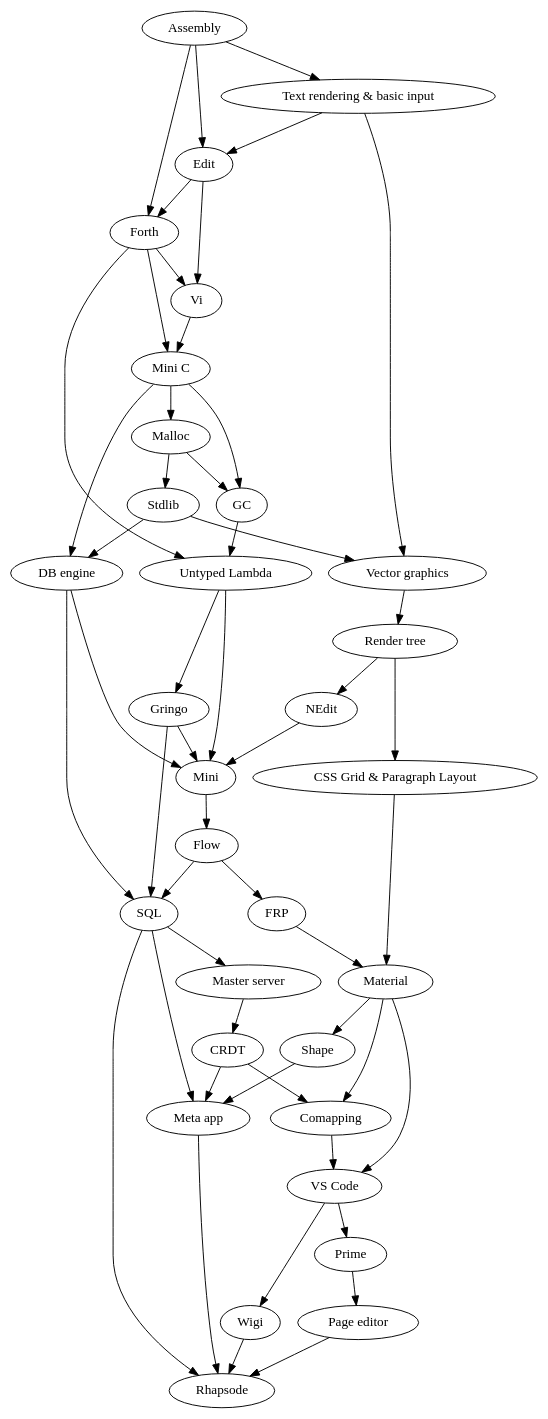
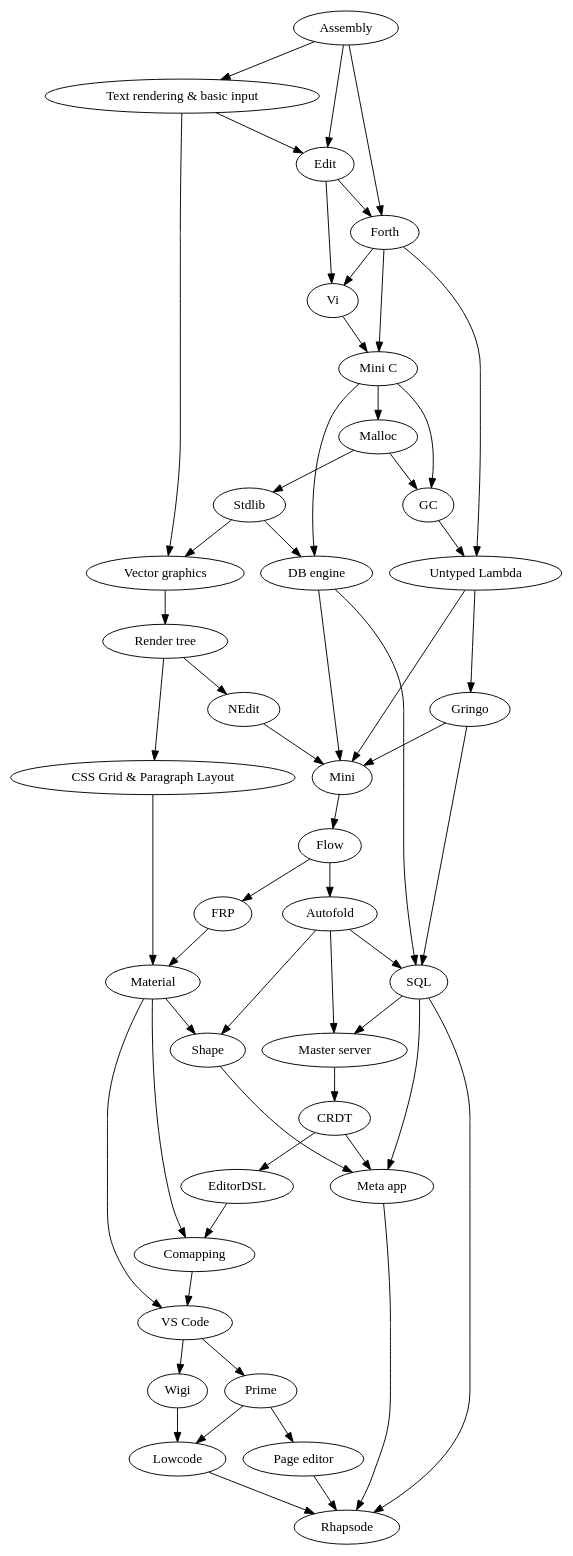
One commit to area9innovation/fast changed the diagram in sandbox/speedrun.dot. Above: the diagram before and after it, drawn with Graphviz. The commit also changed 5 other files, not shown here.

```diff
--- a/sandbox/speedrun.dot
+++ b/sandbox/speedrun.dot
@@ -1,87 +1,96 @@
 digraph graphname {
 "Assembly" -> "Text rendering & basic input";
 "Assembly" -> "Edit";
 "Text rendering & basic input" -> "Edit";
 
 "Edit" -> "Forth";
 "Assembly" -> "Forth";
 "Forth" -> "Vi";
 "Edit" -> "Vi";
 "Forth" -> "Untyped Lambda";
 "Untyped Lambda" -> "Mini";
 
 "Vi" -> "Mini C";
 
 "Forth" -> "Mini C";
 
 "Mini C" -> "Malloc";
 "Malloc" -> "GC";
 "Mini C" -> "GC";
 
 "Malloc" -> "Stdlib";
 
 "GC" -> "Untyped Lambda";
 
 "Flow" -> "FRP";
 
+"Flow" -> "Autofold";
+
 "Stdlib" -> "DB engine";
 
 "Render tree" -> "NEdit";
 
 "DB engine" -> "SQL";
 
 "NEdit" -> "Mini";
 
 "Mini" -> "Flow";
 
 "Mini C" -> "DB engine";
 
 "Stdlib" -> "Vector graphics";
 
 "Untyped Lambda" -> "Gringo";
 "Gringo" -> "SQL";
-
-"Flow" -> "SQL";
+"Autofold" -> "Master server";
+"Autofold" -> "SQL";
 "Gringo" -> "Mini";
 
 "DB engine" -> "Mini"
 
-"CRDT" -> "Comapping";
+"CRDT" -> "EditorDSL";
+
+"EditorDSL" -> "Comapping";
+
 "Material" -> "Comapping";
 
 "Material" -> "VS Code";
 "Comapping" -> "VS Code";
 
 "VS Code" -> "Wigi";
 
 "VS Code" -> "Prime";
 
+"Wigi" -> "Lowcode";
+"Prime" -> "Lowcode";
+
+"Autofold" -> "Shape";
 "Material" -> "Shape";
 
-"Wigi" -> "Rhapsode";
+"Lowcode" -> "Rhapsode";
 
 "FRP" -> "Material";
 
 "Text rendering & basic input" -> "Vector graphics";
 "Vector graphics" -> "Render tree";
 "Render tree" -> "CSS Grid & Paragraph Layout";
 "CSS Grid & Paragraph Layout" -> "Material";
 
 "Shape" -> "Meta app";
 "SQL" -> "Meta app";
 
 "Master server" -> "CRDT";
 
 "CRDT" -> "Meta app";
 
 "Meta app" -> "Rhapsode";
 
 "SQL" -> "Rhapsode";
 
 "SQL" -> "Master server";
 
 "Prime" -> "Page editor";
 
 "Page editor" -> "Rhapsode";
 
 }
```
